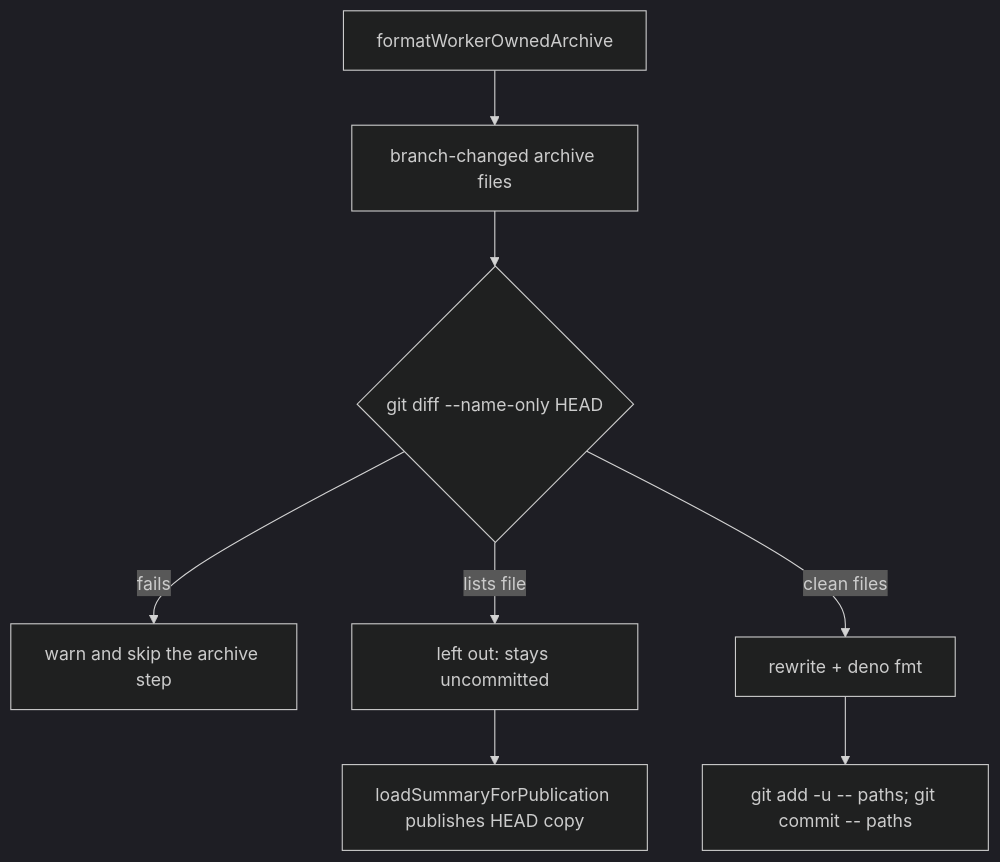
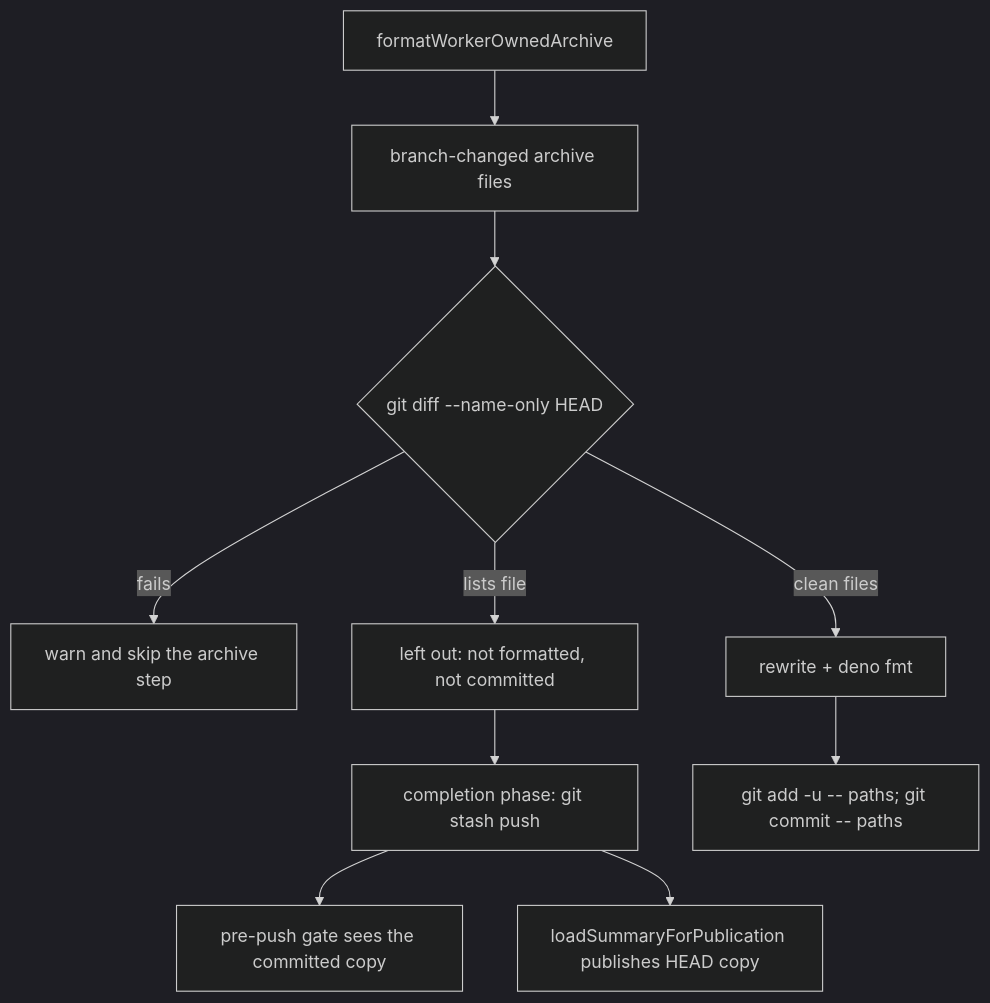
The diagram in docs/archive/pr-summaries/pr-summary-5328.md (stSoftwareAU/VibeCoder), drawn with Mermaid (dark theme) before and after one commit. The commit also changed other lines of this file and 6 other files, not shown here.

First line of the commit message:
fix: set aside an uncommitted archive edit before the completion pre-push gate (PR #5387)

````diff
--- a/docs/archive/pr-summaries/pr-summary-5328.md
+++ b/docs/archive/pr-summaries/pr-summary-5328.md
@@ -57,10 +72,12 @@
 ```mermaid
 flowchart TD
     A[formatWorkerOwnedArchive] --> B[branch-changed archive files]
     B --> C{git diff --name-only HEAD}
     C -- fails --> D[warn and skip the archive step]
-    C -- lists file --> E[left out: stays uncommitted]
+    C -- lists file --> E[left out: not formatted, not committed]
+    E --> I["completion phase: git stash push"]
+    I --> J[pre-push gate sees the committed copy]
     C -- clean files --> F[rewrite + deno fmt]
     F --> G["git add -u -- paths; git commit -- paths"]
-    E --> H[loadSummaryForPublication publishes HEAD copy]
+    I --> H[loadSummaryForPublication publishes HEAD copy]
 ```
````
